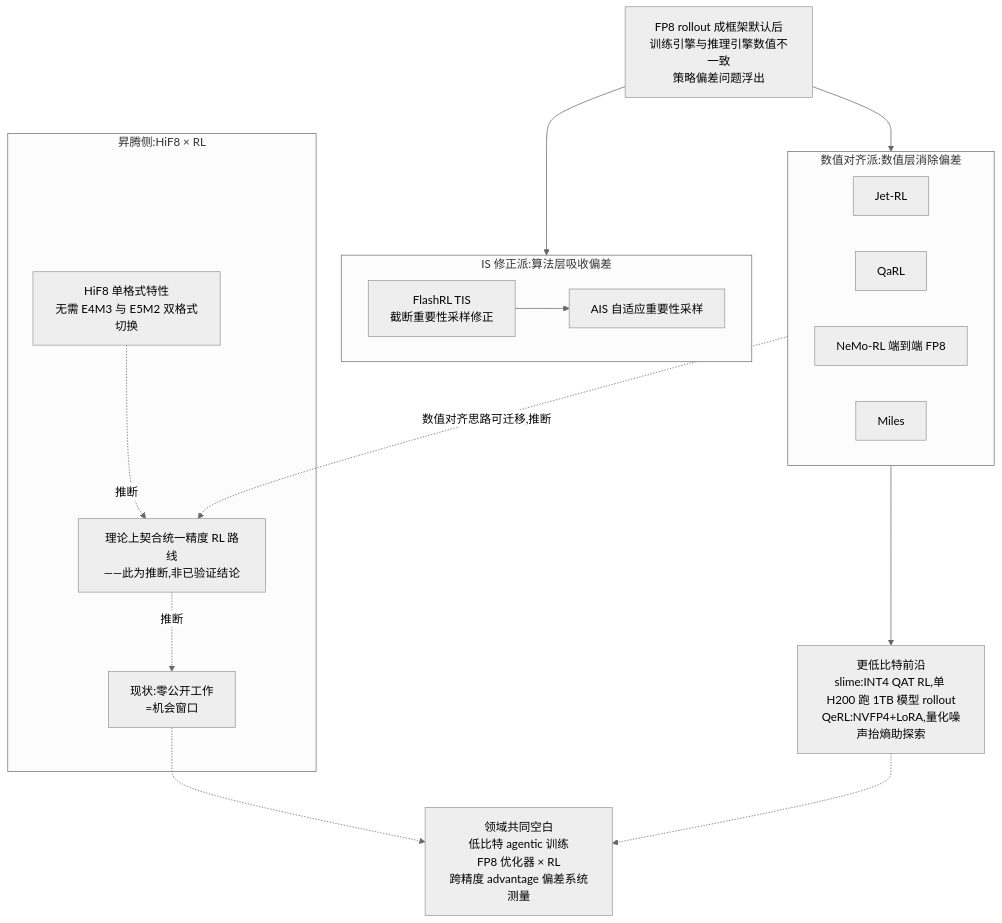
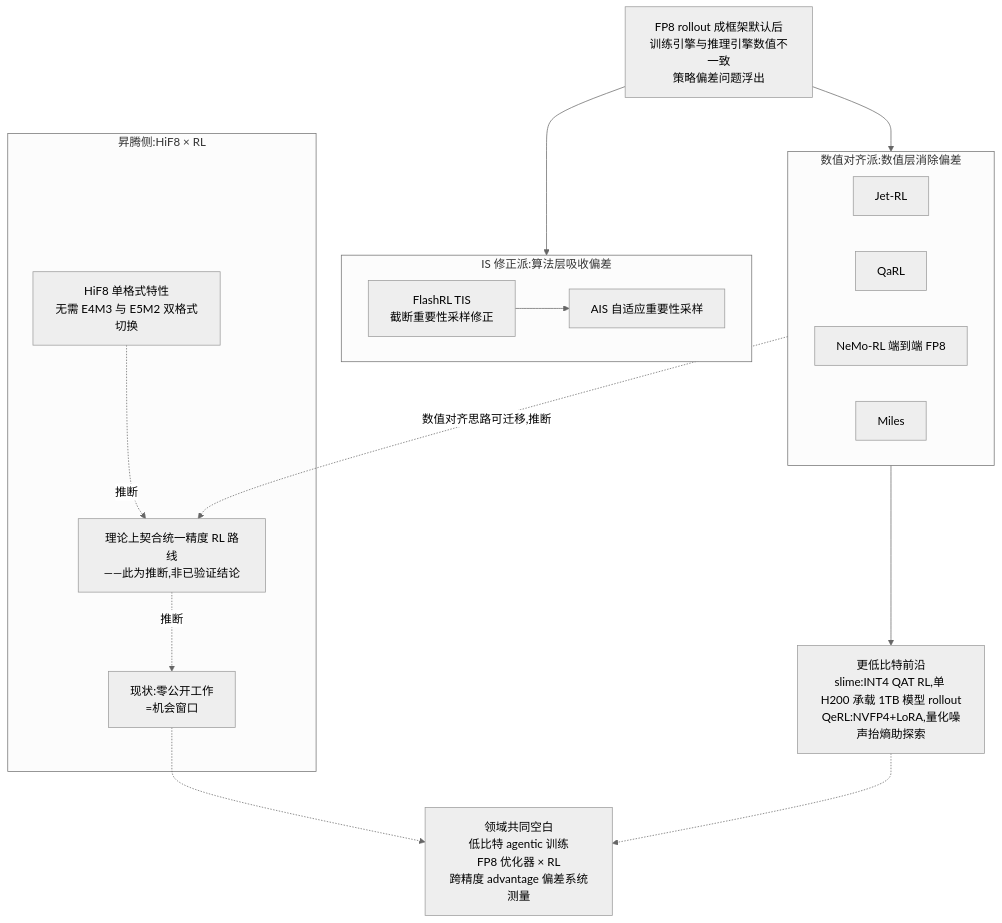
Before and after one commit to lloo099/mission44: the third of 5 diagrams in docs/blog/dispatch-27-low-bit-training.md, drawn with Mermaid (neutral theme). The commit also changed other lines of this file and 24 other files, not shown here.

Commit message:
全站文风统一:29 篇按'专业简洁、去口语化'标准批量修订 — 确定性替换 100 处(崩法→失稳模式/洼地→空白领域/占坑→公开工作/黑箱→未公开/datatype 动物园→谱系/押注→投入/护城河→竞争壁垒 等)+ 8 个编辑 agent 分批逐句精修(D24 单篇 38 处;两轮均遇用量上限中断后续跑完成)+ blog.json 摘要 6 处 + 综述残留 2 处. 术语全站一致化; 29 文件 mermaid 全验证 0 errors; 快照页同步重建

````diff
--- a/docs/blog/dispatch-27-low-bit-training.md
+++ b/docs/blog/dispatch-27-low-bit-training.md
@@ -168,30 +168,30 @@
 ```mermaid
 flowchart TB
     PROB["FP8 rollout 成框架默认后<br/>训练引擎与推理引擎数值不一致<br/>策略偏差问题浮出"]
     subgraph ISP ["IS 修正派:算法层吸收偏差"]
         I1["FlashRL TIS<br/>截断重要性采样修正"]
         I2["AIS 自适应重要性采样"]
         I1 --> I2
     end
     subgraph ALP ["数值对齐派:数值层消除偏差"]
         A1["Jet-RL"]
         A2["QaRL"]
         A3["NeMo-RL 端到端 FP8"]
         A4["Miles"]
     end
     PROB --> ISP
     PROB --> ALP
-    FRONT["更低比特前沿<br/>slime:INT4 QAT RL,单 H200 跑 1TB 模型 rollout<br/>QeRL:NVFP4+LoRA,量化噪声抬熵助探索"]
+    FRONT["更低比特前沿<br/>slime:INT4 QAT RL,单 H200 承载 1TB 模型 rollout<br/>QeRL:NVFP4+LoRA,量化噪声抬熵助探索"]
     ALP --> FRONT
     subgraph ASCEND ["昇腾侧:HiF8 × RL"]
         HS1["HiF8 单格式特性<br/>无需 E4M3 与 E5M2 双格式切换"]
         HS2["理论上契合统一精度 RL 路线<br/>——此为推断,非已验证结论"]
         HS3["现状:零公开工作<br/>=机会窗口"]
         HS1 -. "推断" .-> HS2
         HS2 -. "推断" .-> HS3
     end
     ALP -. "数值对齐思路可迁移,推断" .-> HS2
     GAP["领域共同空白<br/>低比特 agentic 训练<br/>FP8 优化器 × RL<br/>跨精度 advantage 偏差系统测量"]
     FRONT -.-> GAP
     HS3 -.-> GAP
 ```
````
